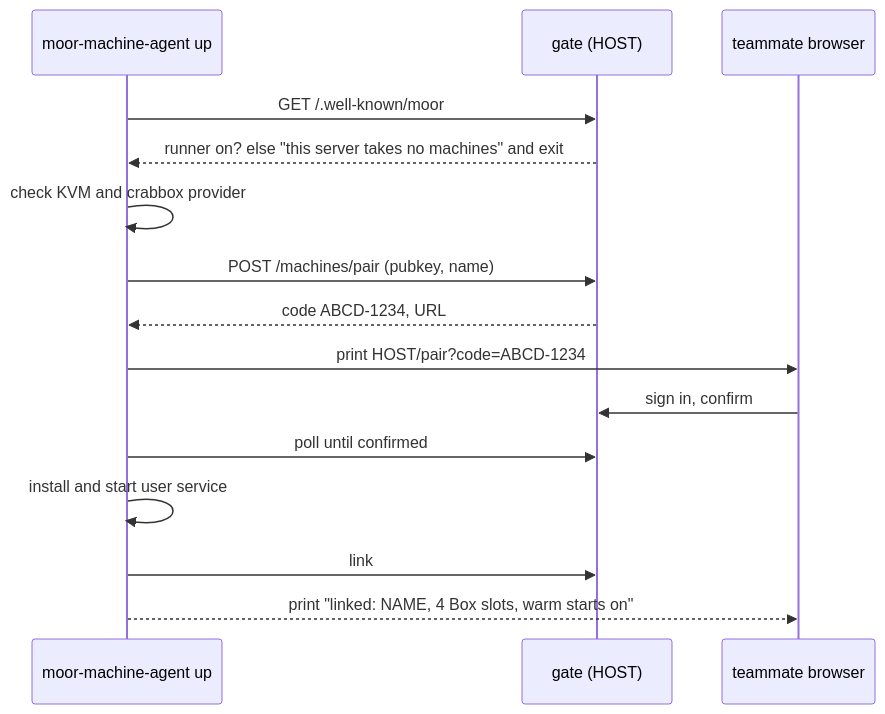
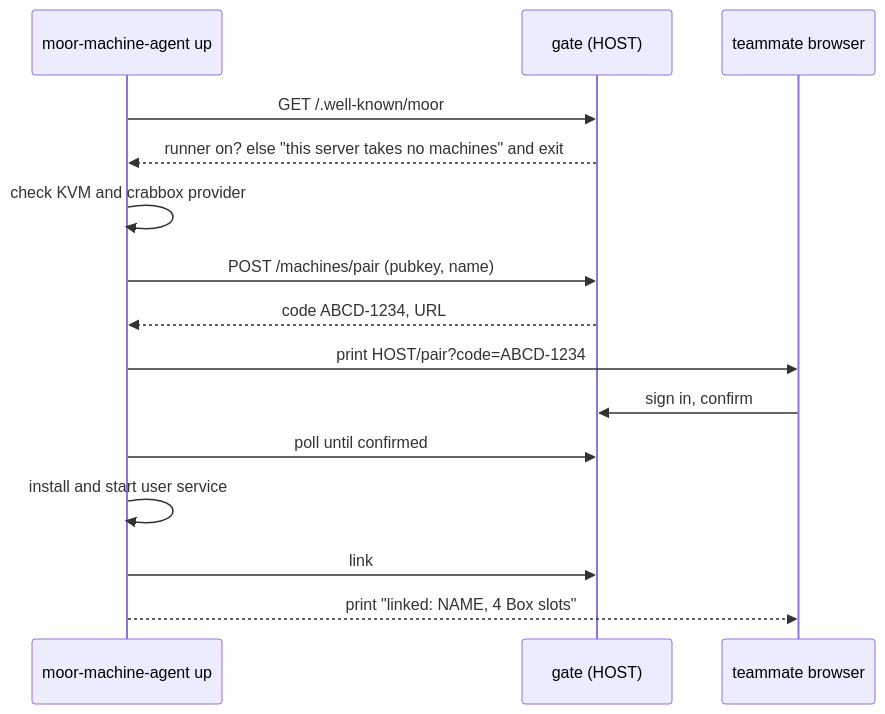
The second of 3 diagrams in docs/specs/onboarding-ux.md (IniZio/moor), drawn with Mermaid before and after one commit. The commit also changed 9 other files, not shown here.

````diff
--- a/docs/specs/onboarding-ux.md
+++ b/docs/specs/onboarding-ux.md
@@ -51,17 +51,17 @@
 ```mermaid
 sequenceDiagram
 	participant M as moor-machine-agent up
 	participant G as gate (HOST)
 	participant U as teammate browser
 	M->>G: GET /.well-known/moor
 	G-->>M: runner on? else "this server takes no machines" and exit
 	M->>M: check KVM and crabbox provider
 	M->>G: POST /machines/pair (pubkey, name)
 	G-->>M: code ABCD-1234, URL
 	M->>U: print HOST/pair?code=ABCD-1234
 	U->>G: sign in, confirm
 	M->>G: poll until confirmed
 	M->>M: install and start user service
 	M->>G: link
-	M-->>U: print "linked: NAME, 4 Box slots, warm starts on"
+	M-->>U: print "linked: NAME, 4 Box slots"
 ```
````
